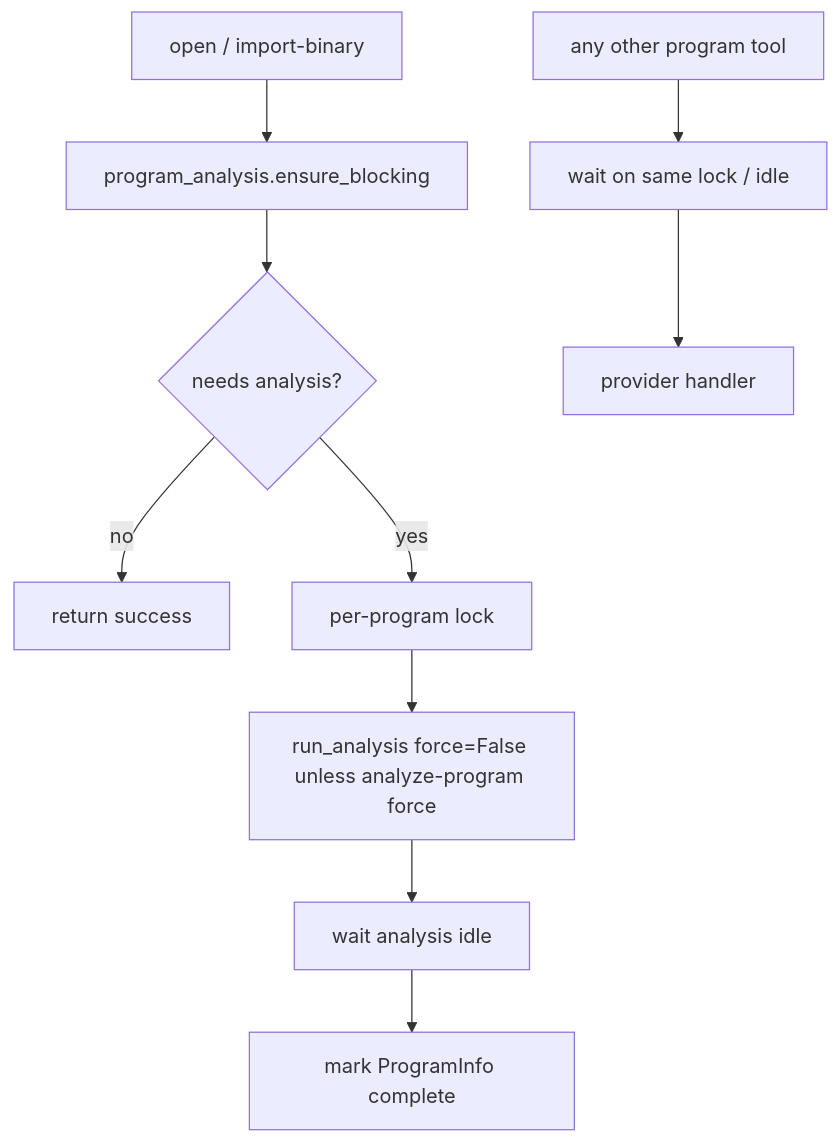
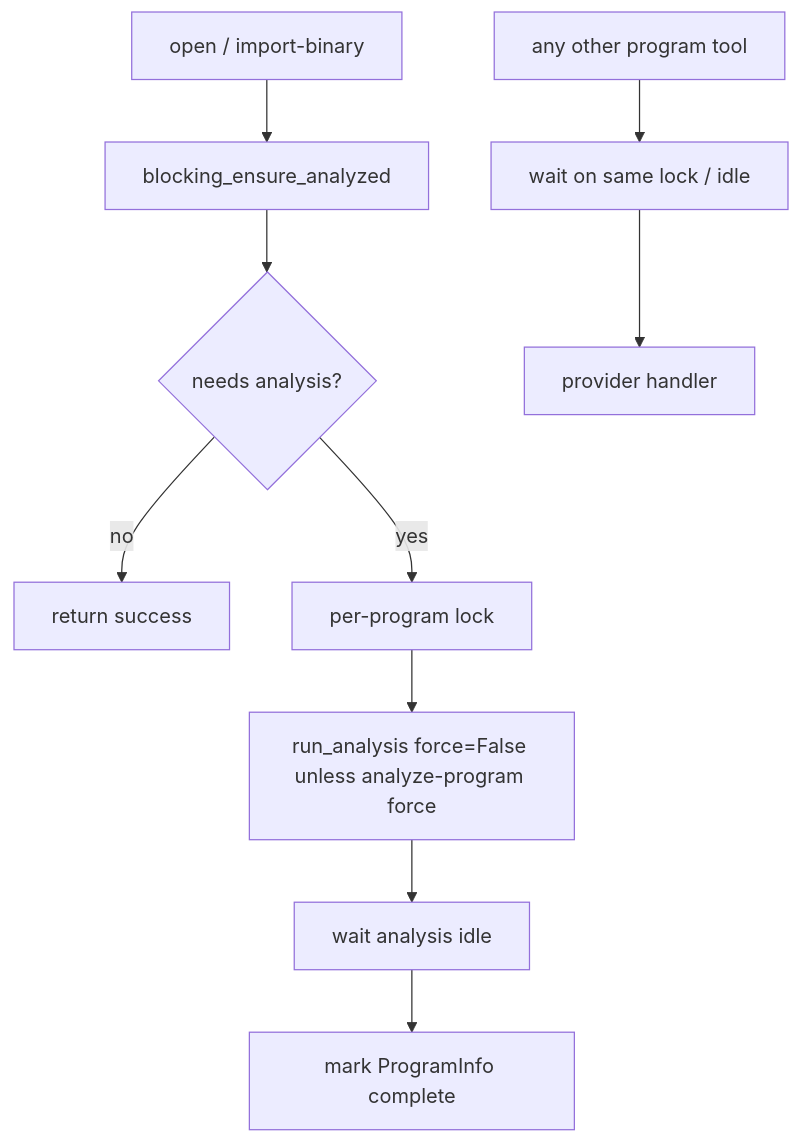
Before and after one commit to bolabaden/AgentDecompile: the second of 2 diagrams in docs/plans/2026-05-24-blocking-program-analysis-gate.md, drawn with Mermaid. The commit also changed other lines of this file and 2 other files, not shown here.

````diff
--- a/docs/plans/2026-05-24-blocking-program-analysis-gate.md
+++ b/docs/plans/2026-05-24-blocking-program-analysis-gate.md
@@ -25,12 +25,12 @@
 ```mermaid
 flowchart TD
-    O[open / import-binary] --> G[program_analysis.ensure_blocking]
+    O[open / import-binary] --> G[blocking_ensure_analyzed]
     G --> H{needs analysis?}
     H -->|no| R[return success]
     H -->|yes| L[per-program lock]
     L --> A2[run_analysis force=False unless analyze-program force]
     A2 --> W[wait analysis idle]
     W --> M[mark ProgramInfo complete]
     T[any other program tool] --> W2[wait on same lock / idle]
     W2 --> P[provider handler]
 ```
````
